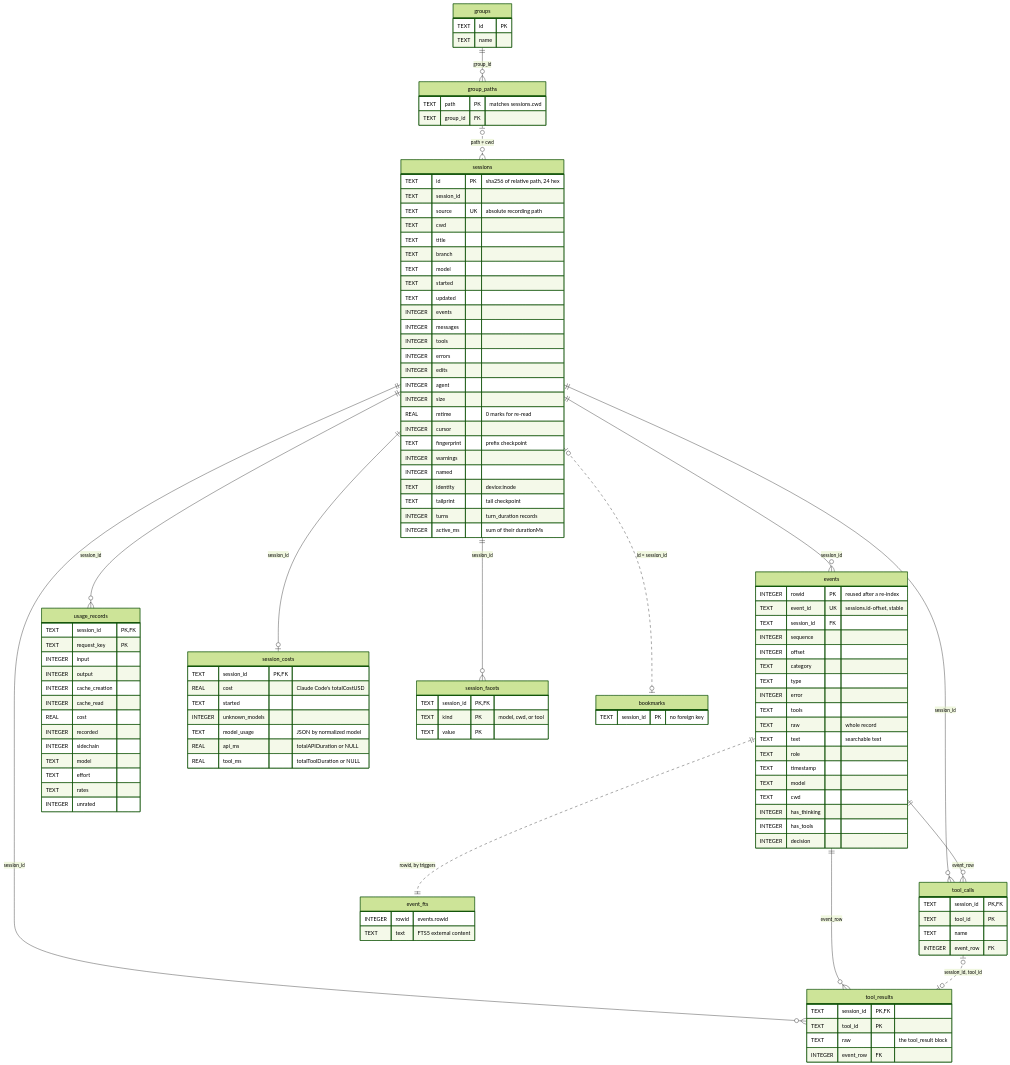
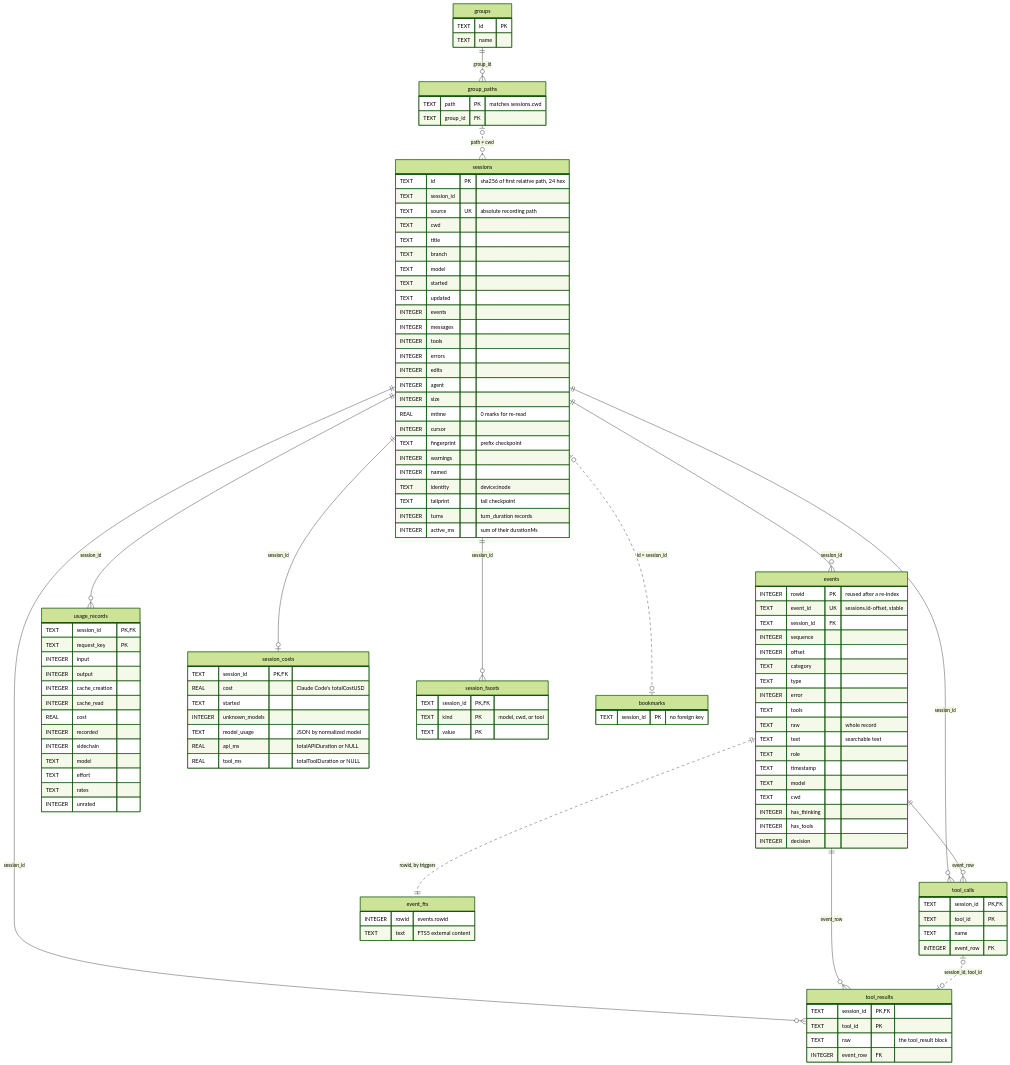
Before and after one commit to fantomc0der/claude-blackbox: the diagram in docs/sqlite-schema.md, drawn with Mermaid (forest theme). The commit also changed other lines of this file and 5 other files, not shown here.

```diff
--- a/docs/sqlite-schema.md
+++ b/docs/sqlite-schema.md
@@ -63,7 +63,7 @@
   sessions |o..o| bookmarks : "id = session_id"
 
   sessions {
-    TEXT id PK "sha256 of relative path, 24 hex"
+    TEXT id PK "sha256 of first relative path, 24 hex"
     TEXT session_id
     TEXT source UK "absolute recording path"
     TEXT cwd
```
